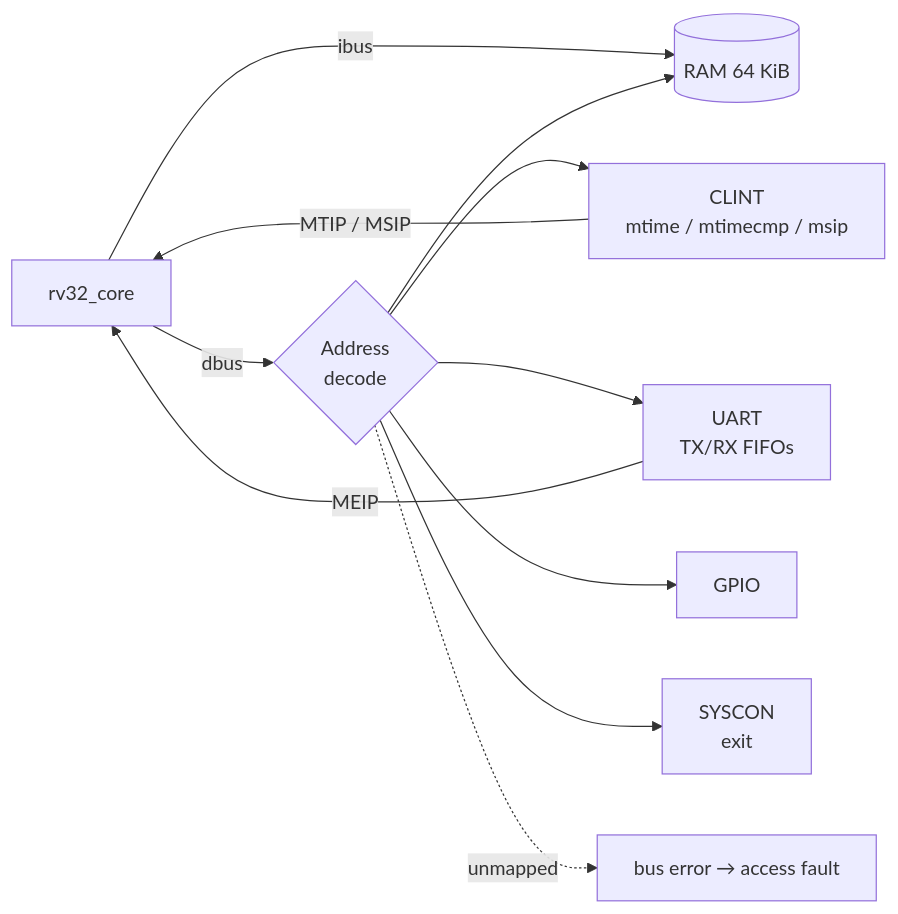
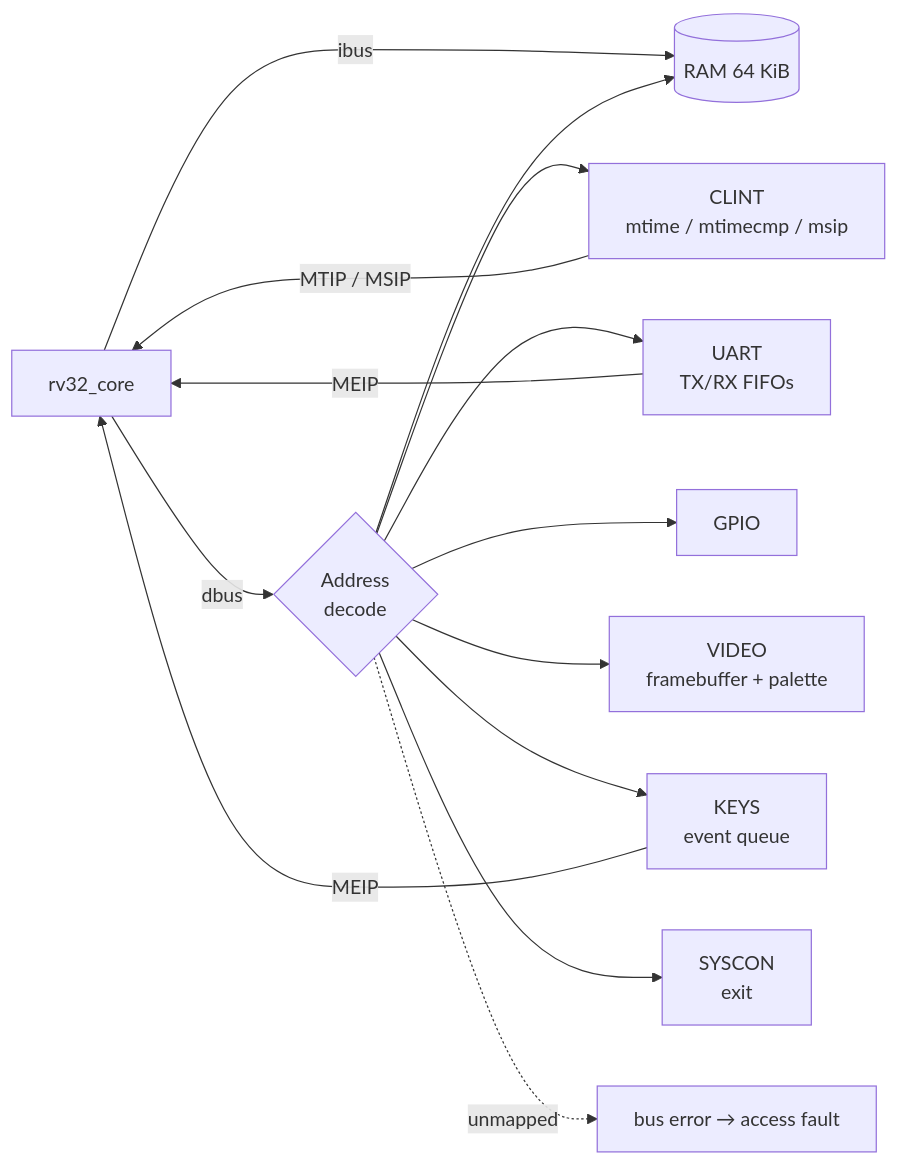
Before and after one commit to IbrahimA146/rv32im-riscv-soc: the second of 2 diagrams in docs/architecture.md, drawn with Mermaid. The commit also changed other lines of this file and 14 other files, not shown here.

````diff
--- a/docs/architecture.md
+++ b/docs/architecture.md
@@ -57,13 +57,16 @@
 ```mermaid
 flowchart LR
     CPU[rv32_core] -- ibus --> RAM[(RAM 64 KiB)]
     CPU -- dbus --> DEC{Address<br/>decode}
     DEC --> RAM
     DEC --> CLINT[CLINT<br/>mtime / mtimecmp / msip]
     DEC --> UART[UART<br/>TX/RX FIFOs]
     DEC --> GPIO[GPIO]
+    DEC --> VID[VIDEO<br/>framebuffer + palette]
+    DEC --> KEY[KEYS<br/>event queue]
     DEC --> SYS[SYSCON<br/>exit]
     DEC -. unmapped .-> ERR[bus error → access fault]
     CLINT -- MTIP / MSIP --> CPU
     UART -- MEIP --> CPU
+    KEY -- MEIP --> CPU
 ```
````
